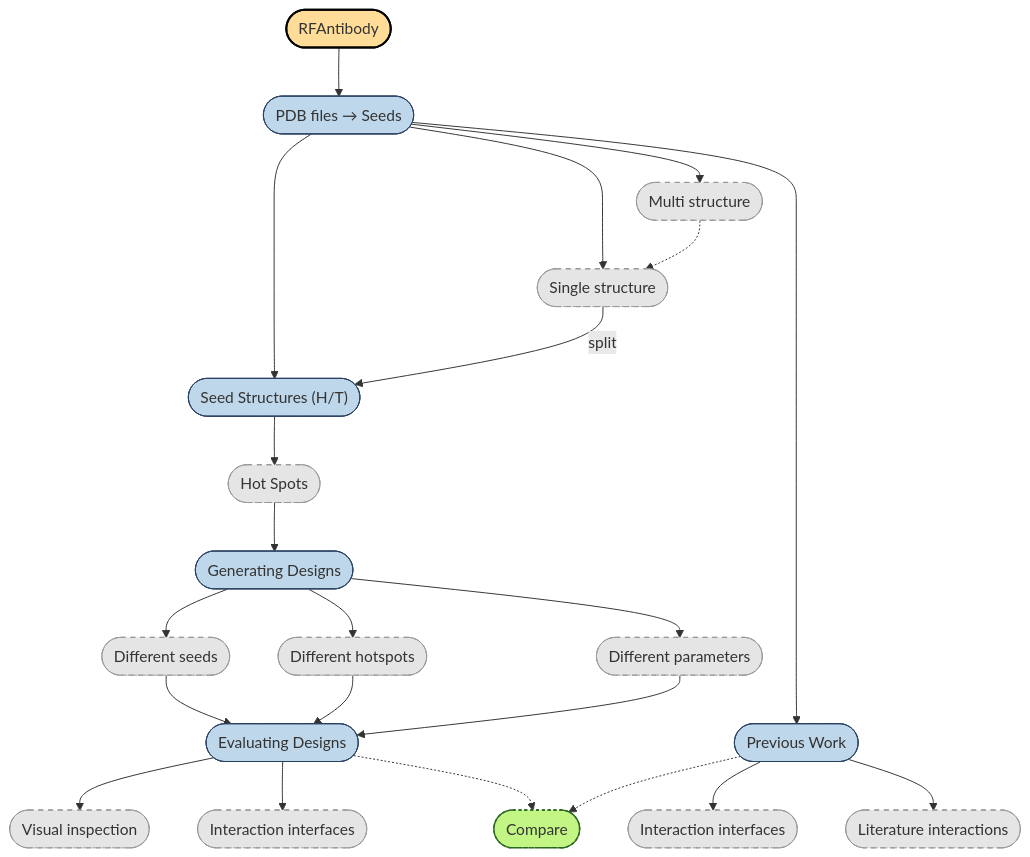
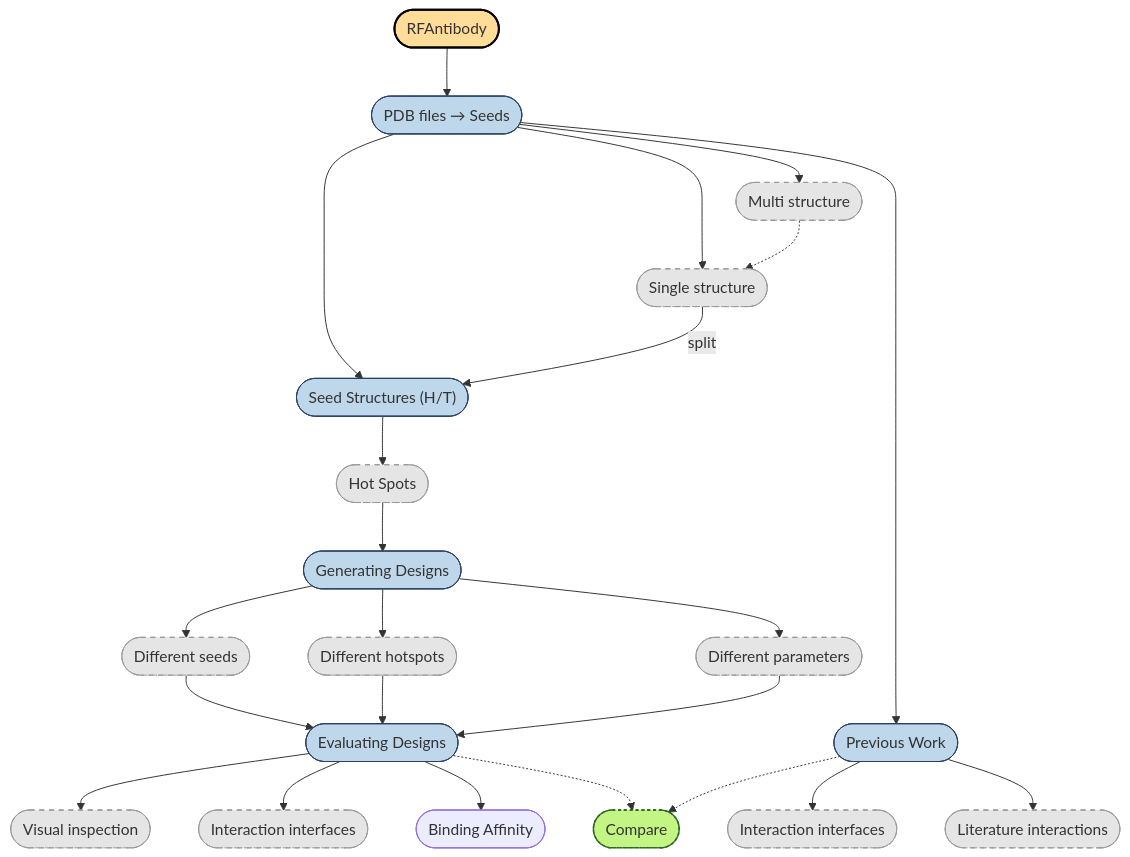
One commit to AntibodyEngineers/2025-Antibodies-and-AI changed the diagram in RFAntibody-ToDo.md. Above: the diagram before and after it, drawn with Mermaid.

````diff
--- a/RFAntibody-ToDo.md
+++ b/RFAntibody-ToDo.md
@@ -7,70 +7,72 @@
 ```mermaid
 flowchart TB
     %% Root Node
     RFAntibody(["RFAntibody"])
     classDef rootStyle fill:#FFDD99,stroke:#000,stroke-width:2px;
 
     %% Level 1
     PDBSeeds(["PDB files → Seeds"])
     GenDesigns(["Generating Designs"])
     classDef mainStyle fill:#BFD7EA,stroke:#2B4162,stroke-width:1px;
 
     %% Level 2
     Single(["Single structure"])
     Multi(["Multi structure"])
     PrevWork(["Previous Work"])
     GetSeed(["Seed Structures (H/T)"])
     HotSpots(["Hot Spots"])
     EvalDesigns(["Evaluating Designs"])
     classDef subStyle fill:#E5E5E5,stroke:#999,stroke-dasharray: 5 5;
 
     %% Level 3
     Interfaces(["Interaction interfaces"])
     Literature(["Literature interactions"])
 
     %% Level 4
     DiffSeeds(["Different seeds"])
     DiffHotspots(["Different hotspots"])
     DiffParams(["Different parameters"])
     
     %% Level 5
     VisInspect(["Visual inspection"])
     IntInterfaces(["Interaction interfaces"])
+    Affinity(["Binding Affinity"])
 
     %% Side Node
     Compare(["Compare"])
     classDef sideStyle fill:#C3F584,stroke:#2B6622,stroke-width:1.5px,stroke-dasharray: 3 3;
 
     %% Connections
     RFAntibody --> PDBSeeds
     PDBSeeds --> Single
     PDBSeeds --> Multi
     Multi -.-> Single
     PDBSeeds --> PrevWork
     PDBSeeds --> GetSeed
     PrevWork --> Interfaces
     PrevWork --> Literature
     GetSeed --> HotSpots
     HotSpots --> GenDesigns
     GenDesigns --> DiffSeeds
     GenDesigns --> DiffHotspots
     GenDesigns --> DiffParams
     DiffSeeds --> EvalDesigns
     DiffHotspots --> EvalDesigns
     DiffParams --> EvalDesigns
     EvalDesigns --> VisInspect
     EvalDesigns --> IntInterfaces
+    EvalDesigns --> Affinity
 
     %% Labeled Edge
     Single --split--> GetSeed
 
     %% Side Connections
     EvalDesigns -.-> Compare
     PrevWork -.-> Compare
 
     %% Apply Classes
     class RFAntibody rootStyle;
     class PDBSeeds,PrevWork,GenDesigns,GetSeed,EvalDesigns mainStyle;
     class Single,Multi,HotSpots,Interfaces,Literature,DiffSeeds,DiffHotspots,DiffParams,VisInspect,IntInterfaces subStyle;
     class Compare sideStyle;
 ```
````
